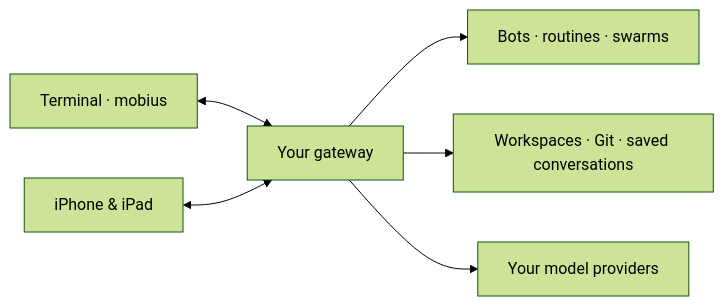
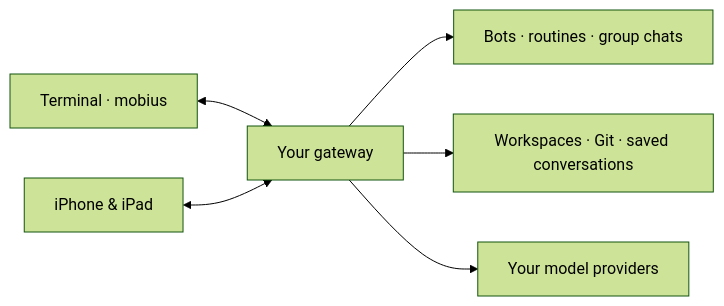
One commit to citizenhicks/mobius changed the diagram in README.md. Above: the diagram before and after it, drawn with Mermaid (forest theme). The commit also changed other lines of this file and 152 other files, not shown here.

Commit message:
Replace Swarms with workspace group chats and release 0.15.21

````diff
--- a/README.md
+++ b/README.md
@@ -143,8 +142,8 @@
 ```mermaid
 flowchart LR
     Terminal["Terminal · mobius"] <--> Gateway["Your gateway"]
     Apple["iPhone & iPad"] <--> Gateway
-    Gateway --> Agents["Bots · routines · swarms"]
+    Gateway --> Agents["Bots · routines · group chats"]
     Gateway --> Work["Workspaces · Git · saved conversations"]
     Gateway --> Models["Your model providers"]
 ```
````
